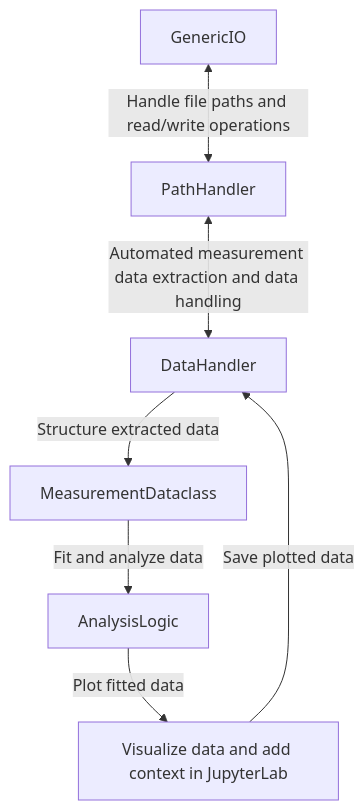
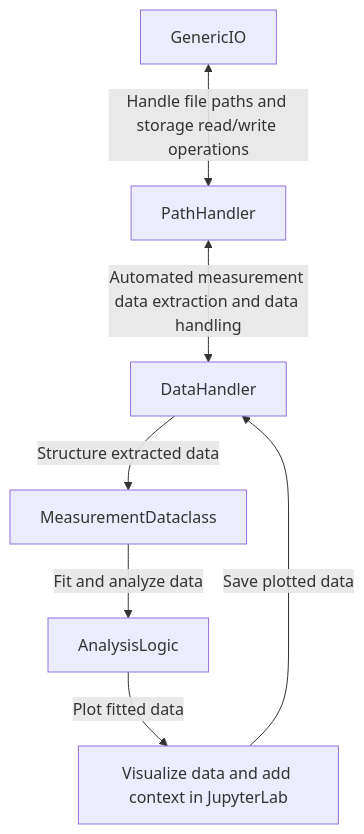
Before and after one commit to dineshpinto/qudi-hira-analysis: the diagram in README.md, drawn with Mermaid. The commit also changed other lines of this file and 2 other files, not shown here.

````diff
--- a/README.md
+++ b/README.md
@@ -14,9 +16,9 @@
 ```mermaid
 flowchart TD;
-    GenericIO<-- Handle file paths and read/write operations -->PathHandler;
+    GenericIO<-- Handle file paths and storage read/write operations -->PathHandler;
     PathHandler<-- Automated measurement data extraction and data handling -->DataHandler;
     DataHandler-- Structure extracted data -->MeasurementDataclass;
     MeasurementDataclass-- Fit and analyze data -->AnalysisLogic;
     AnalysisLogic-- Plot fitted data --> Plot[Visualize data and add context in JupyterLab];
     Plot-- Save plotted data --> DataHandler;
 ```
````
